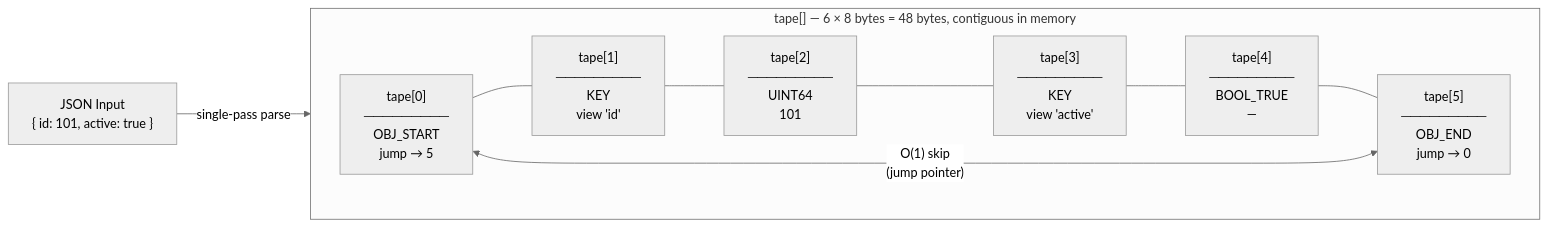
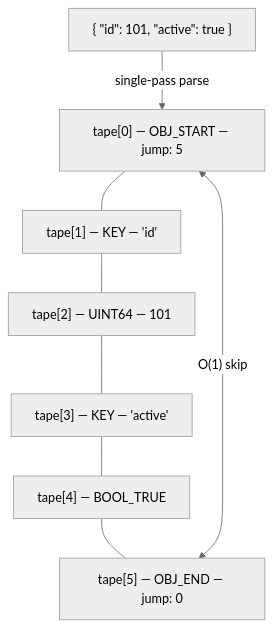
The second of 6 diagrams in docs/theory/architecture.md (the-lkb/beast-json), drawn with Mermaid (neutral theme) before and after one commit. The commit also changed other lines of this file and 4 other files, not shown here.

````diff
--- a/docs/theory/architecture.md
+++ b/docs/theory/architecture.md
@@ -52,18 +52,15 @@
 ```mermaid
-flowchart LR
-    JSON["JSON Input\n{ id: 101, active: true }"]
+flowchart TB
+    JSON["{ #quot;id#quot;: 101, #quot;active#quot;: true }"]
+    JSON -->|"single-pass parse"| T0
 
-    subgraph TAPE["tape[]  —  6 × 8 bytes = 48 bytes, contiguous in memory"]
-        direction LR
-        T0["tape[0]\n─────────\nOBJ_START\njump → 5"]
-        T1["tape[1]\n─────────\nKEY\nview 'id'"]
-        T2["tape[2]\n─────────\nUINT64\n101"]
-        T3["tape[3]\n─────────\nKEY\nview 'active'"]
-        T4["tape[4]\n─────────\nBOOL_TRUE\n—"]
-        T5["tape[5]\n─────────\nOBJ_END\njump → 0"]
-        T0 --- T1 --- T2 --- T3 --- T4 --- T5
-    end
+    T0["tape[0] — OBJ_START — jump: 5"]
+    T1["tape[1] — KEY — 'id'"]
+    T2["tape[2] — UINT64 — 101"]
+    T3["tape[3] — KEY — 'active'"]
+    T4["tape[4] — BOOL_TRUE"]
+    T5["tape[5] — OBJ_END — jump: 0"]
 
-    T0 <-->|"O(1) skip\n(jump pointer)"| T5
-    JSON -->|"single-pass parse"| T0
+    T0 --- T1 --- T2 --- T3 --- T4 --- T5
+    T0 <-->|"O(1) skip"| T5
 ```
````
